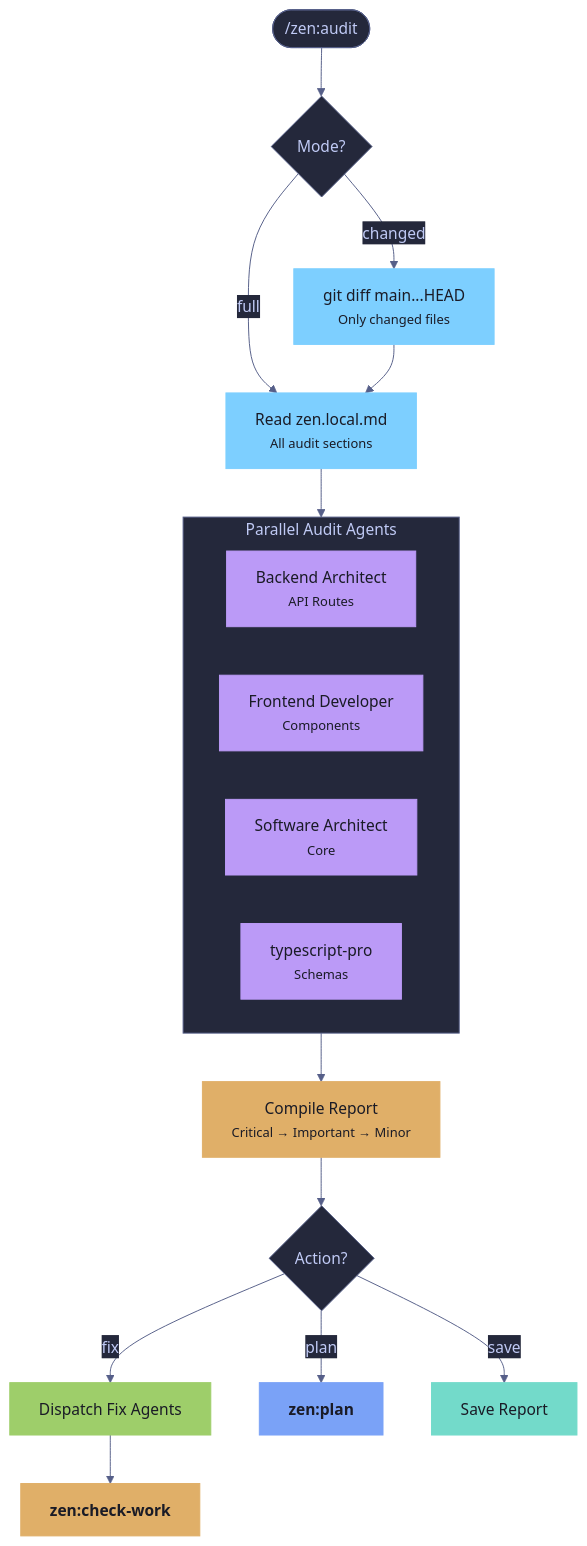
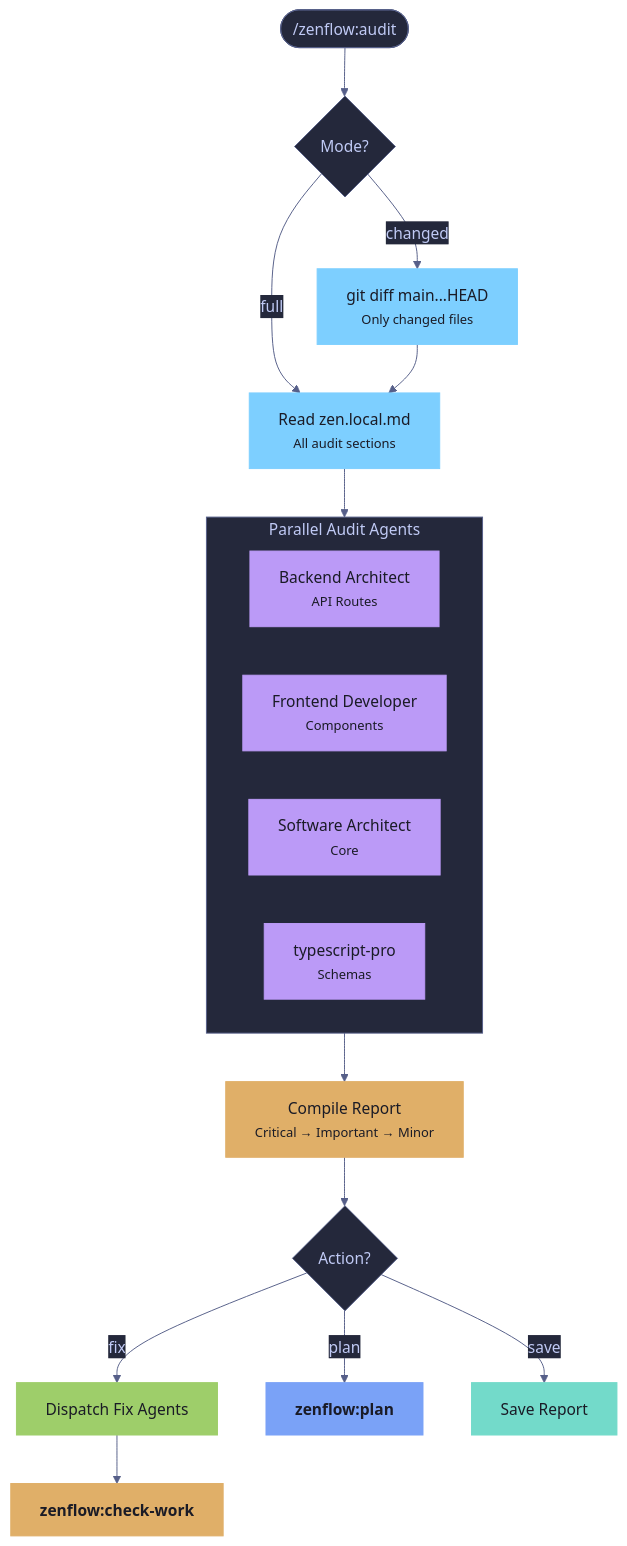
Before and after one commit to brewpirate/zen-flow: the sixth of 6 diagrams in plugins/zenflow/README.md, drawn with Mermaid. The commit also changed other lines of this file and 46 other files, not shown here.

````diff
--- a/plugins/zenflow/README.md
+++ b/plugins/zenflow/README.md
@@ -439,39 +449,39 @@
 ```mermaid
 %%{init: {'theme': 'base', 'themeVariables': { 'primaryColor': '#1a1b26', 'primaryTextColor': '#c0caf5', 'lineColor': '#565f89', 'secondaryColor': '#24283b', 'tertiaryColor': '#24283b' }}}%%
 flowchart TD
-    start(["/zen:audit"]) --> mode{"Mode?"}
+    start(["/zenflow:audit"]) --> mode{"Mode?"}
     mode -->|full| config["Read zen.local.md<br/><small>All audit sections</small>"]
     mode -->|changed| diff["git diff main...HEAD<br/><small>Only changed files</small>"]
     diff --> config
     config --> dispatch
 
     subgraph dispatch ["Parallel Audit Agents"]
         a1["Backend Architect<br/><small>API Routes</small>"]
         a2["Frontend Developer<br/><small>Components</small>"]
         a3["Software Architect<br/><small>Core</small>"]
         a4["typescript-pro<br/><small>Schemas</small>"]
     end
 
     dispatch --> report["Compile Report<br/><small>Critical → Important → Minor</small>"]
     report --> action{"Action?"}
     action -->|fix| fix["Dispatch Fix Agents"]
-    action -->|plan| plan["<b>zen:plan</b>"]
+    action -->|plan| plan["<b>zenflow:plan</b>"]
     action -->|save| save["Save Report"]
-    fix --> check["<b>zen:check-work</b>"]
+    fix --> check["<b>zenflow:check-work</b>"]
 
     style start fill:#24283b,color:#c0caf5,stroke:#565f89
     style mode fill:#24283b,color:#c0caf5,stroke:#565f89
     style diff fill:#7dcfff,color:#1a1b26,stroke:#7dcfff
     style config fill:#7dcfff,color:#1a1b26,stroke:#7dcfff
     style dispatch fill:#24283b,color:#c0caf5,stroke:#565f89
     style a1 fill:#bb9af7,color:#1a1b26,stroke:#bb9af7
     style a2 fill:#bb9af7,color:#1a1b26,stroke:#bb9af7
     style a3 fill:#bb9af7,color:#1a1b26,stroke:#bb9af7
     style a4 fill:#bb9af7,color:#1a1b26,stroke:#bb9af7
     style report fill:#e0af68,color:#1a1b26,stroke:#e0af68
     style action fill:#24283b,color:#c0caf5,stroke:#565f89
     style fix fill:#9ece6a,color:#1a1b26,stroke:#9ece6a
     style plan fill:#7aa2f7,color:#1a1b26,stroke:#7aa2f7
     style save fill:#73daca,color:#1a1b26,stroke:#73daca
     style check fill:#e0af68,color:#1a1b26,stroke:#e0af68
 ```
````
